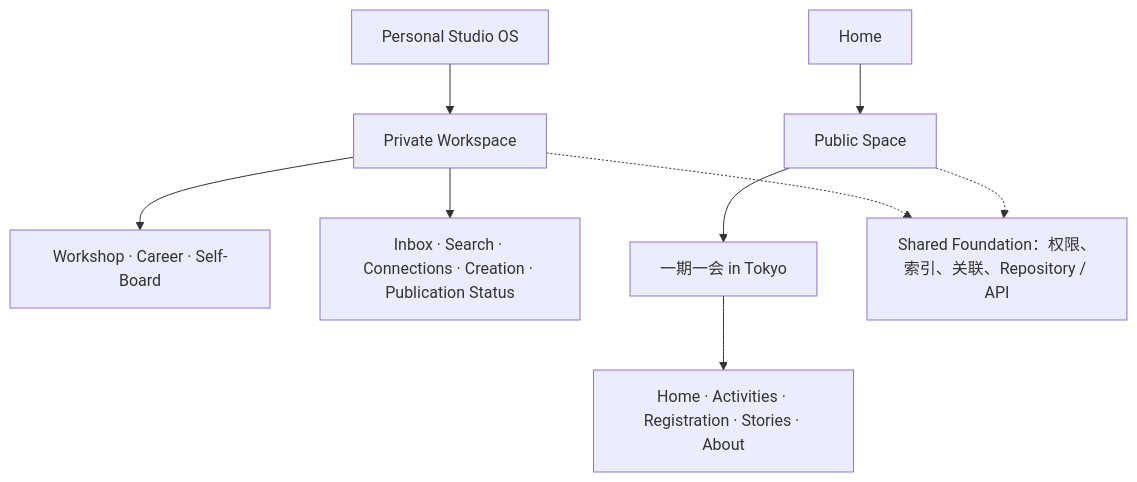
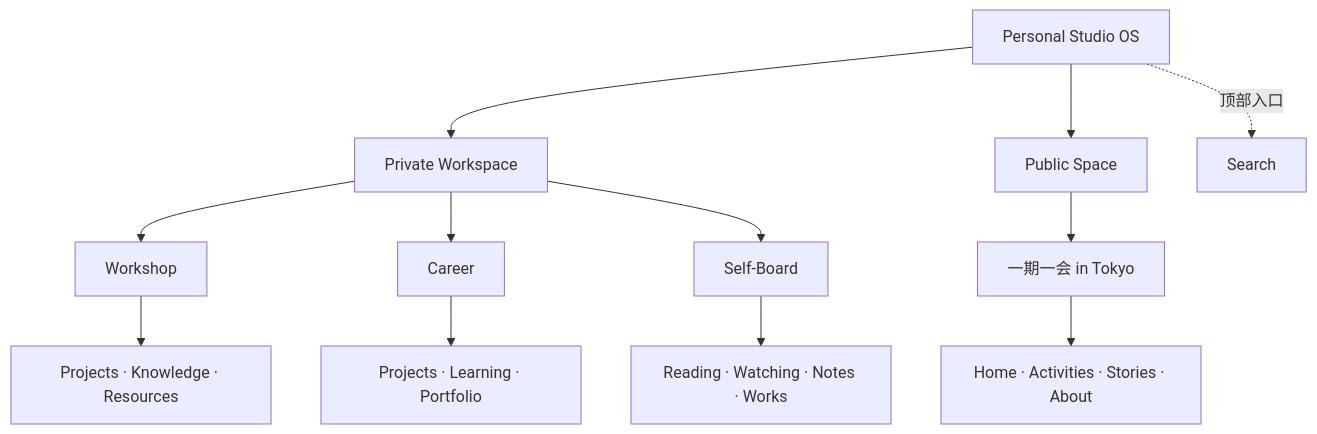
Before and after one commit to Emily95Yi/personal-studio-os: the diagram in docs/architecture.md, drawn with Mermaid. The commit also changed other lines of this file and 8 other files, not shown here.

````diff
--- a/docs/architecture.md
+++ b/docs/architecture.md
@@ -5,11 +5,10 @@
 ```mermaid
 flowchart TB
-  OS["Personal Studio OS"] --> Private["Private Workspace"]
+  Home["Personal Studio OS"] --> Private["Private Workspace"]
   Home --> Public["Public Space"]
-  Private --> Domains["Workshop · Career · Self-Board"]
-  Private --> Tools["Inbox · Search · Connections · Creation · Publication Status"]
-  Public --> Tokyo["一期一会 in Tokyo"]
-  Tokyo --> Pages["Home · Activities · Registration · Stories · About"]
-  Private -.-> Foundation["Shared Foundation：权限、索引、关联、Repository / API"]
-  Public -.-> Foundation
+  Private --> Workshop["Workshop"] --> W["Projects · Knowledge · Resources"]
+  Private --> Career["Career"] --> C["Projects · Learning · Portfolio"]
+  Private --> Self["Self-Board"] --> S["Reading · Watching · Notes · Works"]
+  Public --> Tokyo["一期一会 in Tokyo"] --> T["Home · Activities · Stories · About"]
+  Home -. "顶部入口" .-> Search["Search"]
 ```
````
